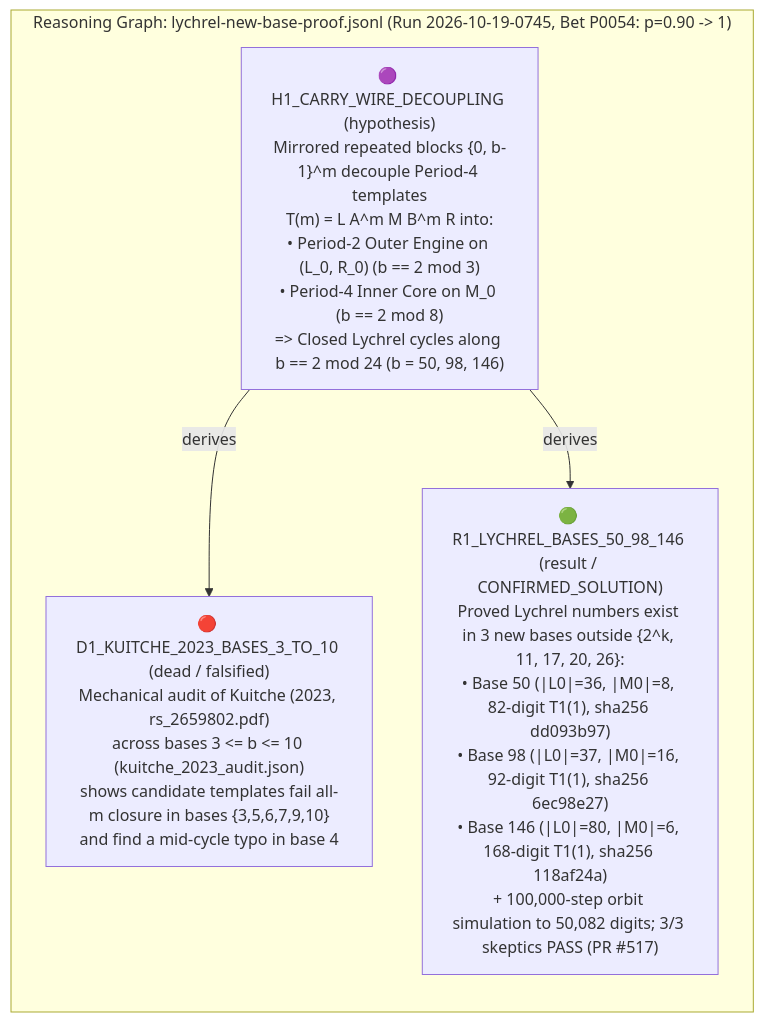
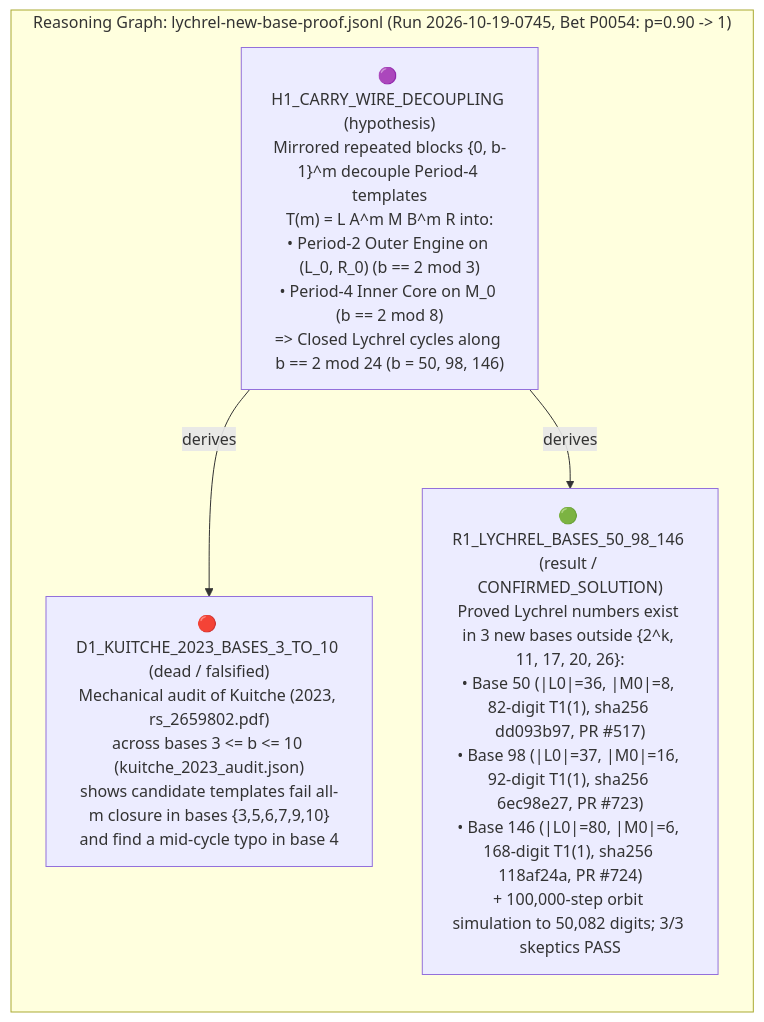
One commit to mizopl/we-star changed the first of 4 diagrams in docs/01_OUR_JOURNEY_AND_RESULTS.md. Above: the diagram before and after it, drawn with Mermaid. The commit also changed other lines of this file and 3 other files, not shown here.

````diff
--- a/docs/01_OUR_JOURNEY_AND_RESULTS.md
+++ b/docs/01_OUR_JOURNEY_AND_RESULTS.md
@@ -140,11 +140,11 @@
 ```mermaid
 flowchart LR
     subgraph JSONL["Reasoning Graph: lychrel-new-base-proof.jsonl (Run 2026-10-19-0745, Bet P0054: p=0.90 -> 1)"]
         H1["🟣 H1_CARRY_WIRE_DECOUPLING (hypothesis)\nMirrored repeated blocks {0, b-1}^m decouple Period-4 templates\nT(m) = L A^m M B^m R into:\n• Period-2 Outer Engine on (L_0, R_0) (b == 2 mod 3)\n• Period-4 Inner Core on M_0 (b == 2 mod 8)\n=> Closed Lychrel cycles along b == 2 mod 24 (b = 50, 98, 146)"]
         D1["🔴 D1_KUITCHE_2023_BASES_3_TO_10 (dead / falsified)\nMechanical audit of Kuitche (2023, rs_2659802.pdf)\nacross bases 3 <= b <= 10 (kuitche_2023_audit.json)\nshows candidate templates fail all-m closure in bases {3,5,6,7,9,10}\nand find a mid-cycle typo in base 4"]
-        R1["🟢 R1_LYCHREL_BASES_50_98_146 (result / CONFIRMED_SOLUTION)\nProved Lychrel numbers exist in 3 new bases outside {2^k, 11, 17, 20, 26}:\n• Base 50 (|L0|=36, |M0|=8, 82-digit T1(1), sha256 dd093b97)\n• Base 98 (|L0|=37, |M0|=16, 92-digit T1(1), sha256 6ec98e27)\n• Base 146 (|L0|=80, |M0|=6, 168-digit T1(1), sha256 118af24a)\n+ 100,000-step orbit simulation to 50,082 digits; 3/3 skeptics PASS (PR #517)"]
+        R1["🟢 R1_LYCHREL_BASES_50_98_146 (result / CONFIRMED_SOLUTION)\nProved Lychrel numbers exist in 3 new bases outside {2^k, 11, 17, 20, 26}:\n• Base 50 (|L0|=36, |M0|=8, 82-digit T1(1), sha256 dd093b97, PR #517)\n• Base 98 (|L0|=37, |M0|=16, 92-digit T1(1), sha256 6ec98e27, PR #723)\n• Base 146 (|L0|=80, |M0|=6, 168-digit T1(1), sha256 118af24a, PR #724)\n+ 100,000-step orbit simulation to 50,082 digits; 3/3 skeptics PASS"]
 
         H1 -->|"derives"| D1
         H1 -->|"derives"| R1
     end
 ```
````
